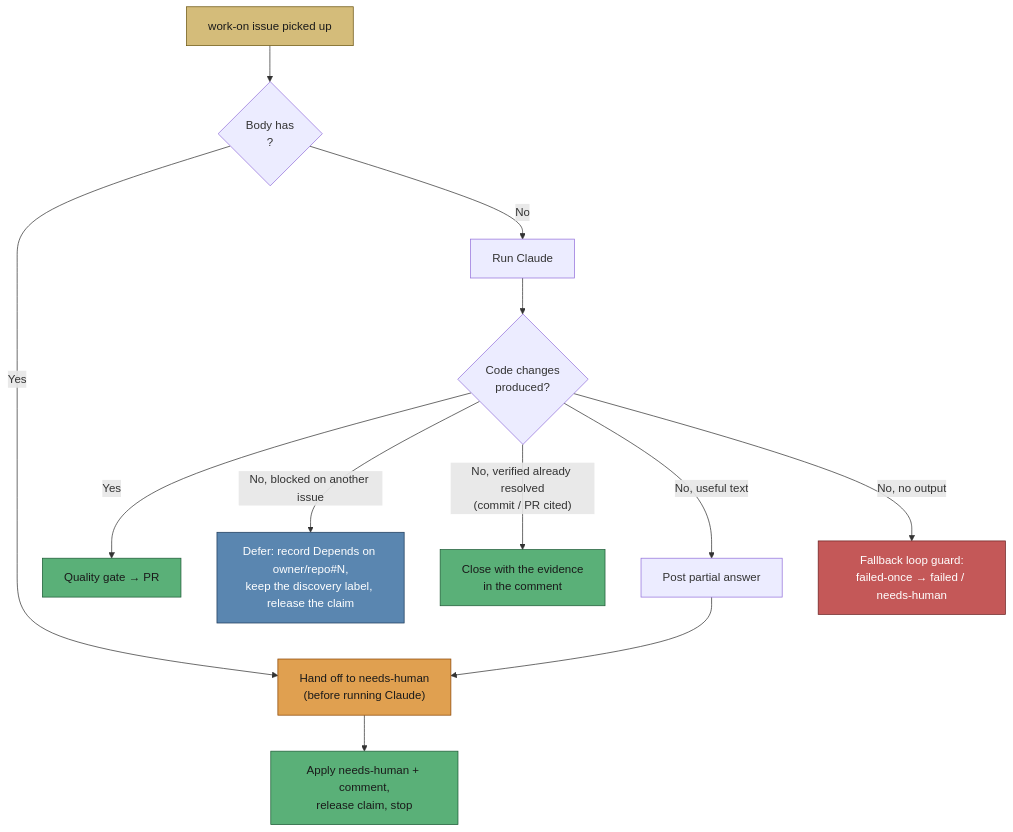
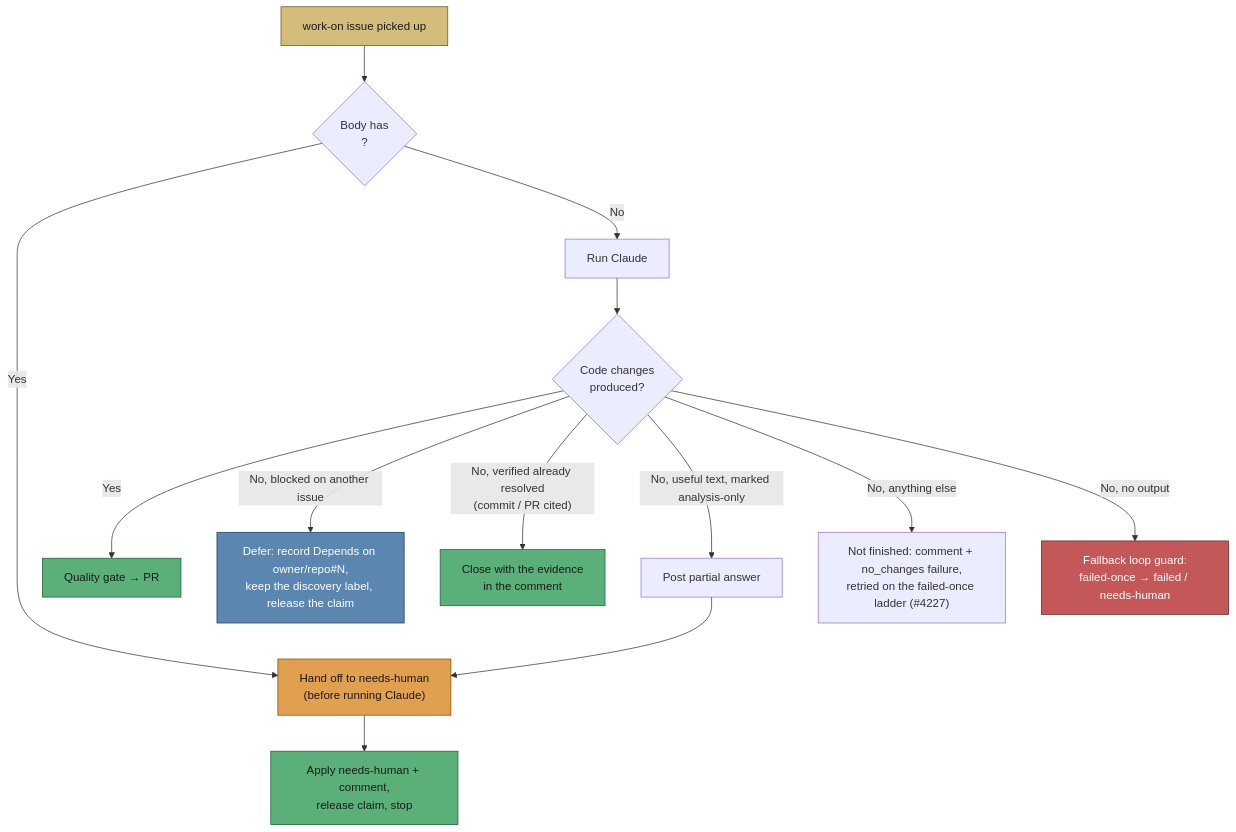
One commit to stSoftwareAU/VibeCoder changed diagram 11 of 25 in docs/workflows/issue-processing.md. Above: the diagram before and after it, drawn with Mermaid. The commit also changed other lines of this file and 11 other files, not shown here.

````diff
--- a/docs/workflows/issue-processing.md
+++ b/docs/workflows/issue-processing.md
@@ -859,20 +862,21 @@
 ```mermaid
 flowchart TD
   Pick["work-on issue picked up"] --> Marker{"Body has<br/><!-- analysis-only --> ?"}
   Marker -->|Yes| HandOff["Hand off to needs-human<br/>(before running Claude)"]
   Marker -->|No| Run["Run Claude"]
   Run --> Changes{"Code changes<br/>produced?"}
   Changes -->|Yes| PR["Quality gate → PR"]
   Changes -->|"No, blocked on another issue"| Defer["Defer: record Depends on owner/repo#N,<br/>keep the discovery label, release the claim"]
   Changes -->|"No, verified already resolved<br/>(commit / PR cited)"| Close["Close with the evidence<br/>in the comment"]
-  Changes -->|"No, useful text"| Partial["Post partial answer"] --> HandOff
+  Changes -->|"No, useful text, marked analysis-only"| Partial["Post partial answer"] --> HandOff
+  Changes -->|"No, anything else"| Retry["Not finished: comment + no_changes failure,<br/>retried on the failed-once ladder (#4227)"]
   Changes -->|"No, no output"| Guard["Fallback loop guard:<br/>failed-once → failed / needs-human"]
   HandOff --> Stop["Apply needs-human + comment,<br/>release claim, stop"]
   style Pick fill:#d4bc7a,stroke:#6b5510,color:#1a1a1a
   style HandOff fill:#e0a050,stroke:#8b4500,color:#1a1a1a
   style Stop fill:#5ab078,stroke:#1d5a35,color:#1a1a1a
   style PR fill:#5ab078,stroke:#1d5a35,color:#1a1a1a
   style Guard fill:#c45858,stroke:#6b2020,color:#fff
   style Defer fill:#5a86b0,stroke:#1d3a5a,color:#fff
   style Close fill:#5ab078,stroke:#1d5a35,color:#1a1a1a
 ```
````
